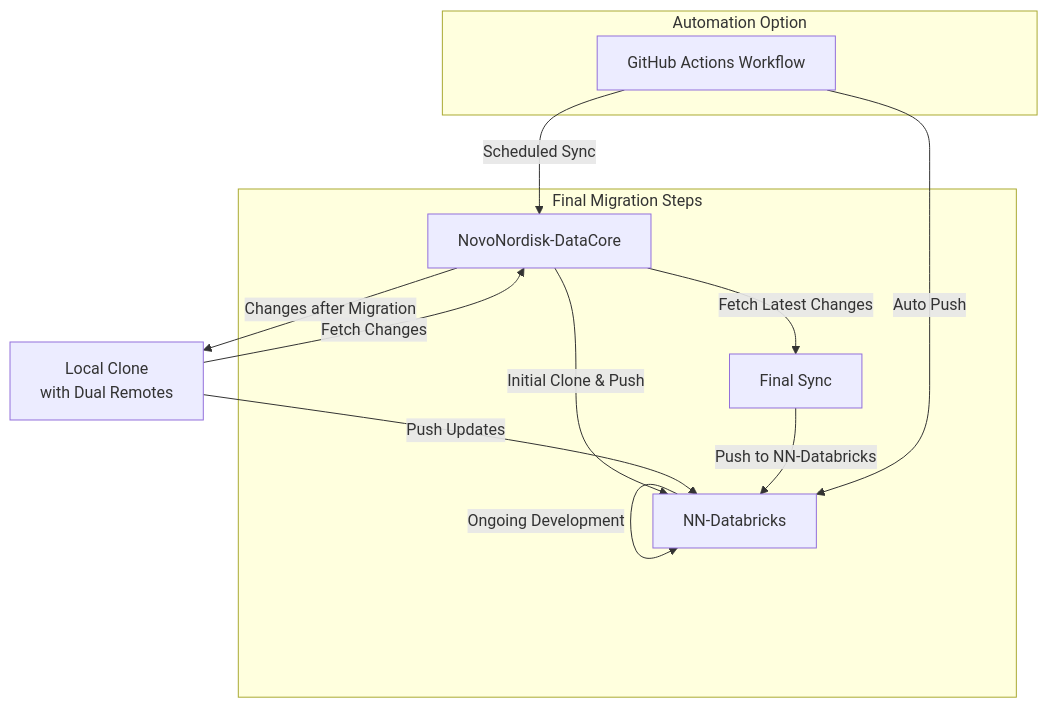
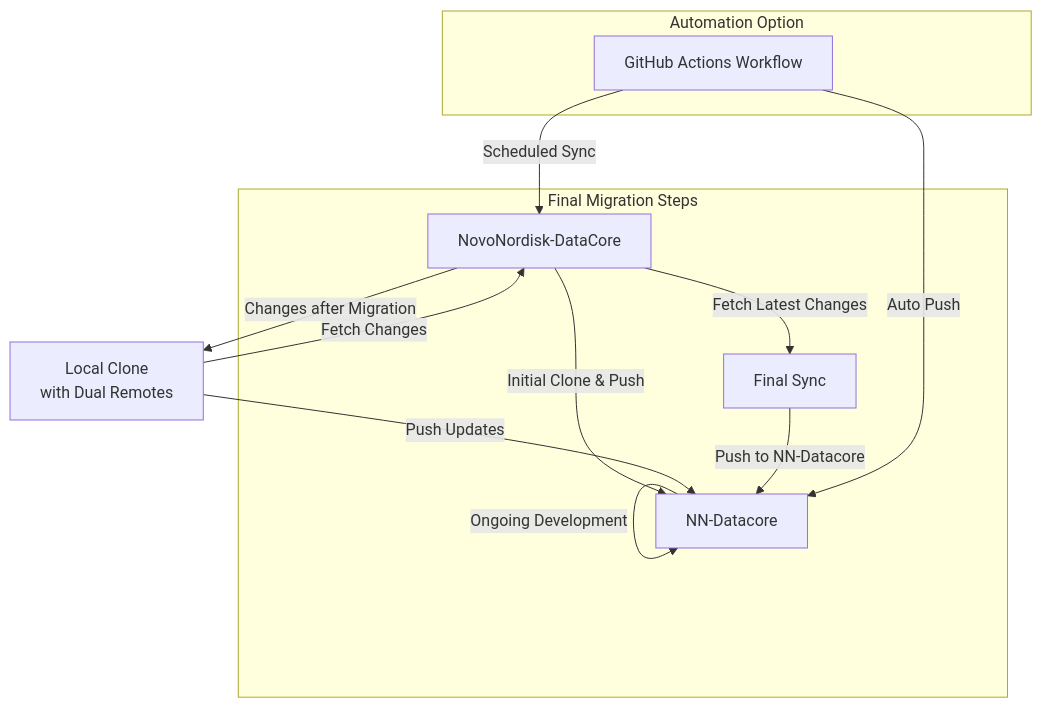
Before and after one commit to furmidgeuk/github-testing: the diagram in MIGRATION_PROCESS.md, drawn with Mermaid. The commit also changed other lines of this file, not shown here.

````diff
--- a/MIGRATION_PROCESS.md
+++ b/MIGRATION_PROCESS.md
@@ -9,22 +9,22 @@
 ```mermaid
 graph TD
-  A[NovoNordisk-DataCore] -->|Initial Clone & Push| B[NN-Databricks]
+  A[NovoNordisk-DataCore] -->|Initial Clone & Push| B[NN-Datacore]
   A -->|Changes after Migration| C[Local Clone<br>with Dual Remotes]
   C -->|Fetch Changes| A
   C -->|Push Updates| B
   B -->|Ongoing Development| B
   
   subgraph Final Migration Steps
     D[Final Sync]
     A -->|Fetch Latest Changes| D
-    D -->|Push to NN-Databricks| B
+    D -->|Push to NN-Datacore| B
   end
 
   subgraph Automation Option
     F[GitHub Actions Workflow]
     F -->|Scheduled Sync| A
     F -->|Auto Push| B
   end
 
 
 ```
````
